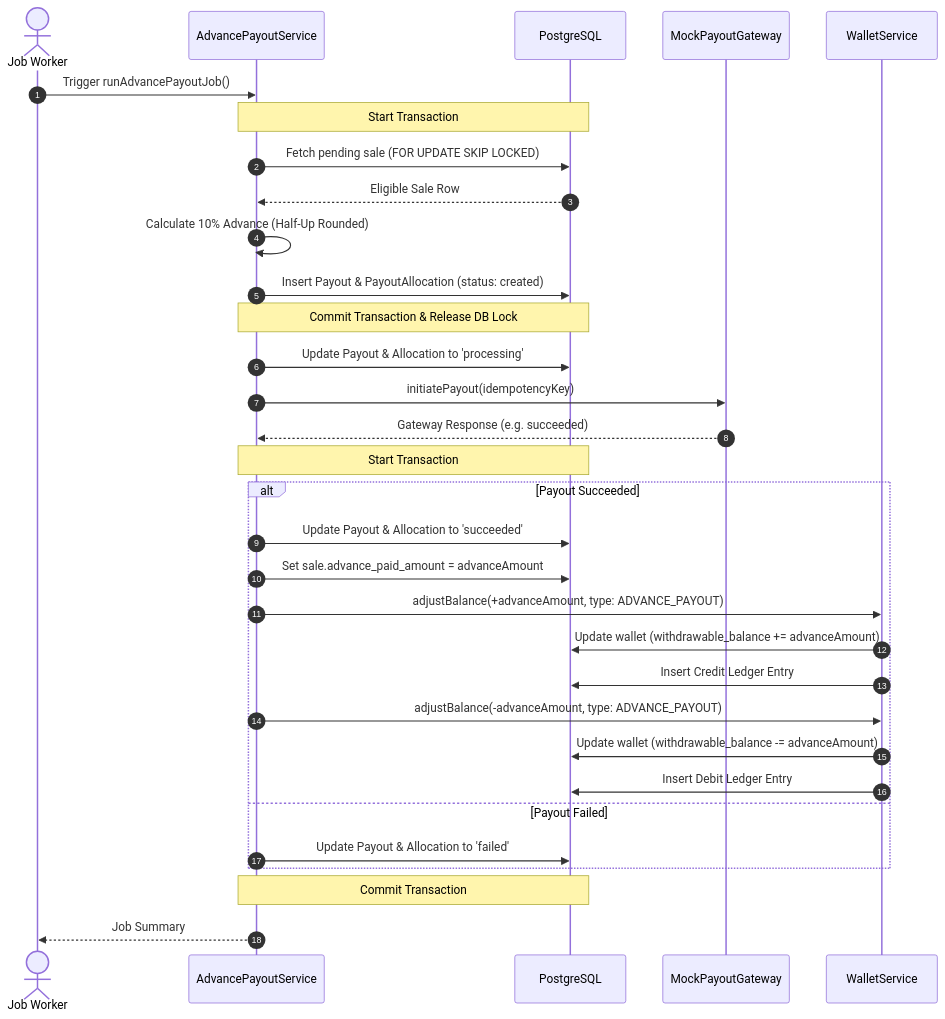
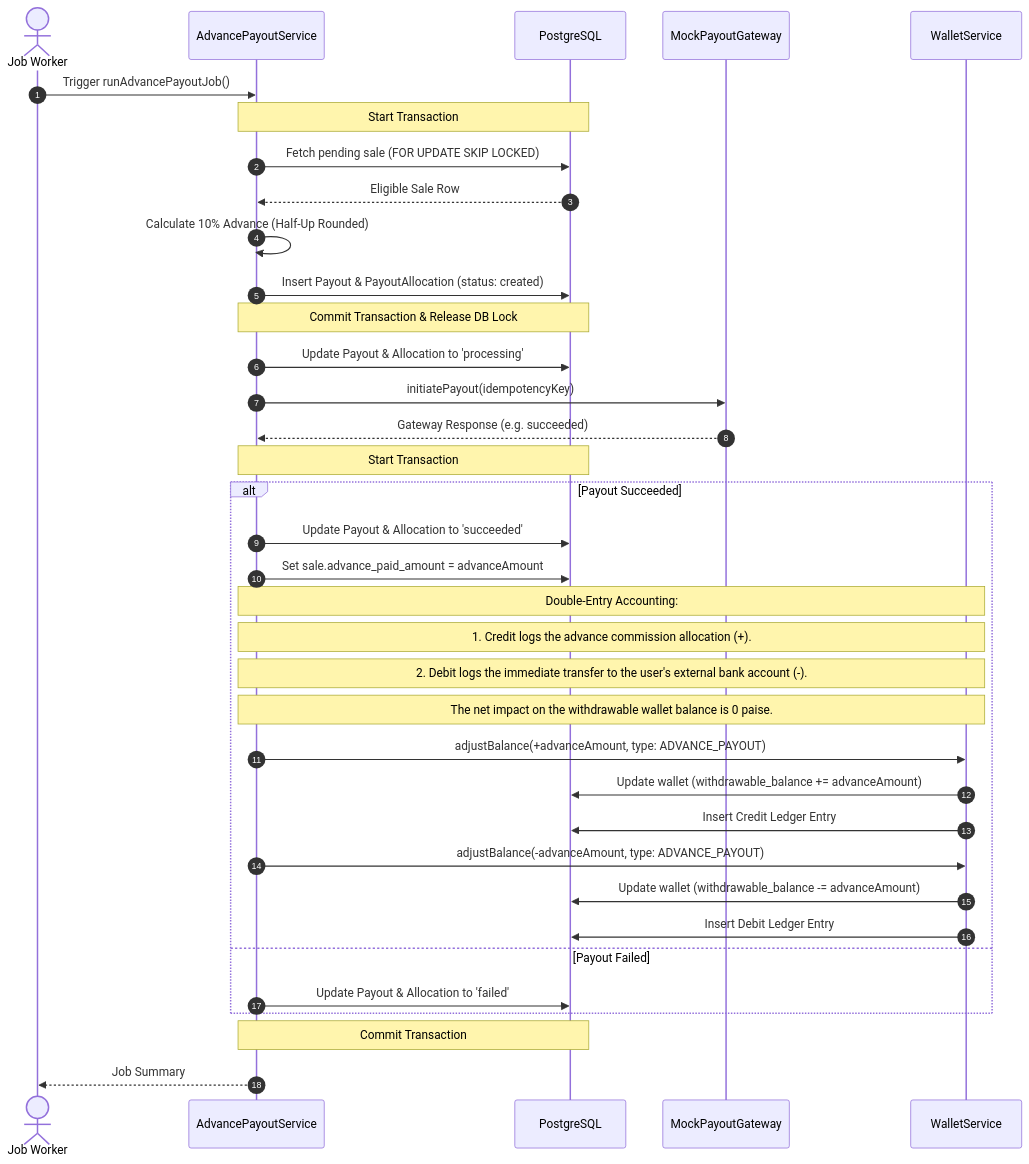
The fourth of 8 diagrams in docs/low-level-design.md (Sujal0786/faymco-Assignment), drawn with Mermaid before and after one commit. The commit also changed other lines of this file and 2 other files, not shown here.

Commit message:
Clarify double-entry advances, fix README secrets, and add LLD diagrams

````diff
--- a/docs/low-level-design.md
+++ b/docs/low-level-design.md
@@ -57,35 +124,39 @@
 ```mermaid
 sequenceDiagram
     autonumber
     actor Worker as Job Worker
     participant Job as AdvancePayoutService
     participant DB as PostgreSQL
     participant Gateway as MockPayoutGateway
     participant Wallet as WalletService
 
     Worker->>Job: Trigger runAdvancePayoutJob()
     Note over Job,DB: Start Transaction
     Job->>DB: Fetch pending sale (FOR UPDATE SKIP LOCKED)
     DB-->>Job: Eligible Sale Row
     Job->>Job: Calculate 10% Advance (Half-Up Rounded)
     Job->>DB: Insert Payout & PayoutAllocation (status: created)
     Note over Job,DB: Commit Transaction & Release DB Lock
     Job->>DB: Update Payout & Allocation to 'processing'
     Job->>Gateway: initiatePayout(idempotencyKey)
     Gateway-->>Job: Gateway Response (e.g. succeeded)
     Note over Job,DB: Start Transaction
     alt Payout Succeeded
         Job->>DB: Update Payout & Allocation to 'succeeded'
         Job->>DB: Set sale.advance_paid_amount = advanceAmount
+        Note over Job,Wallet: Double-Entry Accounting:
+        Note over Job,Wallet: 1. Credit logs the advance commission allocation (+).
+        Note over Job,Wallet: 2. Debit logs the immediate transfer to the user's external bank account (-).
+        Note over Job,Wallet: The net impact on the withdrawable wallet balance is 0 paise.
         Job->>Wallet: adjustBalance(+advanceAmount, type: ADVANCE_PAYOUT)
         Wallet->>DB: Update wallet (withdrawable_balance += advanceAmount)
         Wallet->>DB: Insert Credit Ledger Entry
         Job->>Wallet: adjustBalance(-advanceAmount, type: ADVANCE_PAYOUT)
         Wallet->>DB: Update wallet (withdrawable_balance -= advanceAmount)
         Wallet->>DB: Insert Debit Ledger Entry
     else Payout Failed
         Job->>DB: Update Payout & Allocation to 'failed'
     end
     Note over Job,DB: Commit Transaction
     Job-->>Worker: Job Summary
 ```
````
